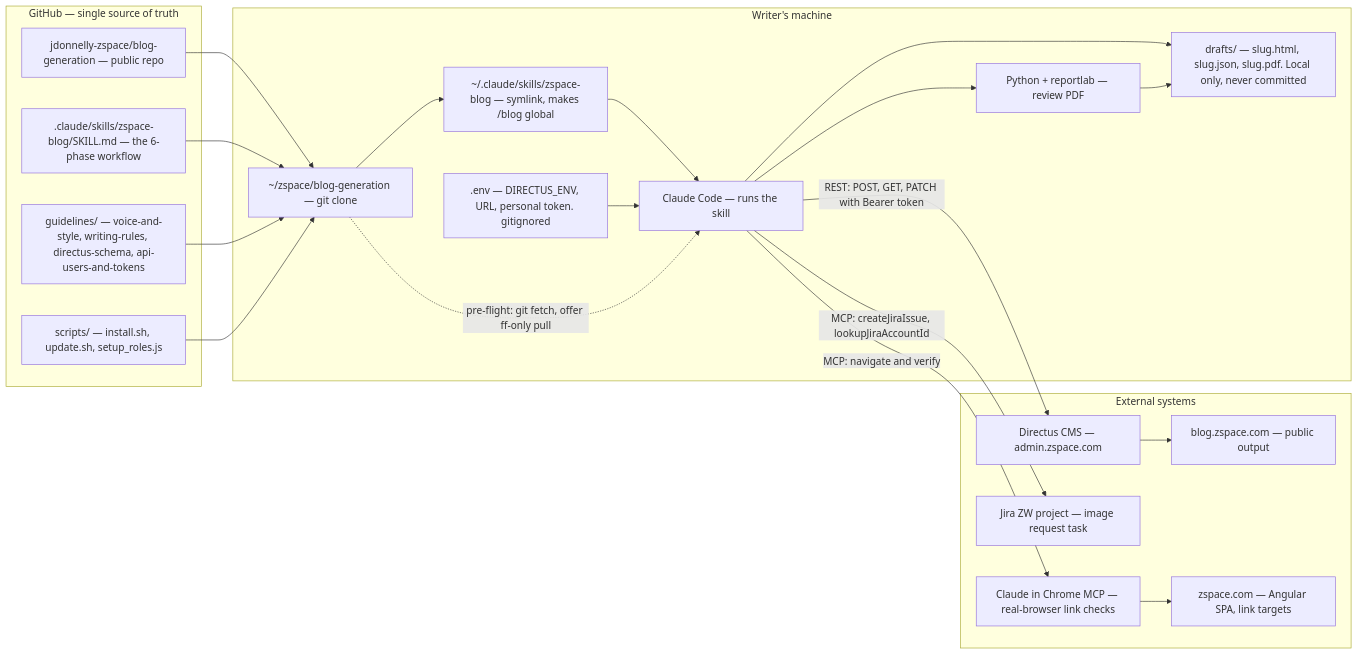
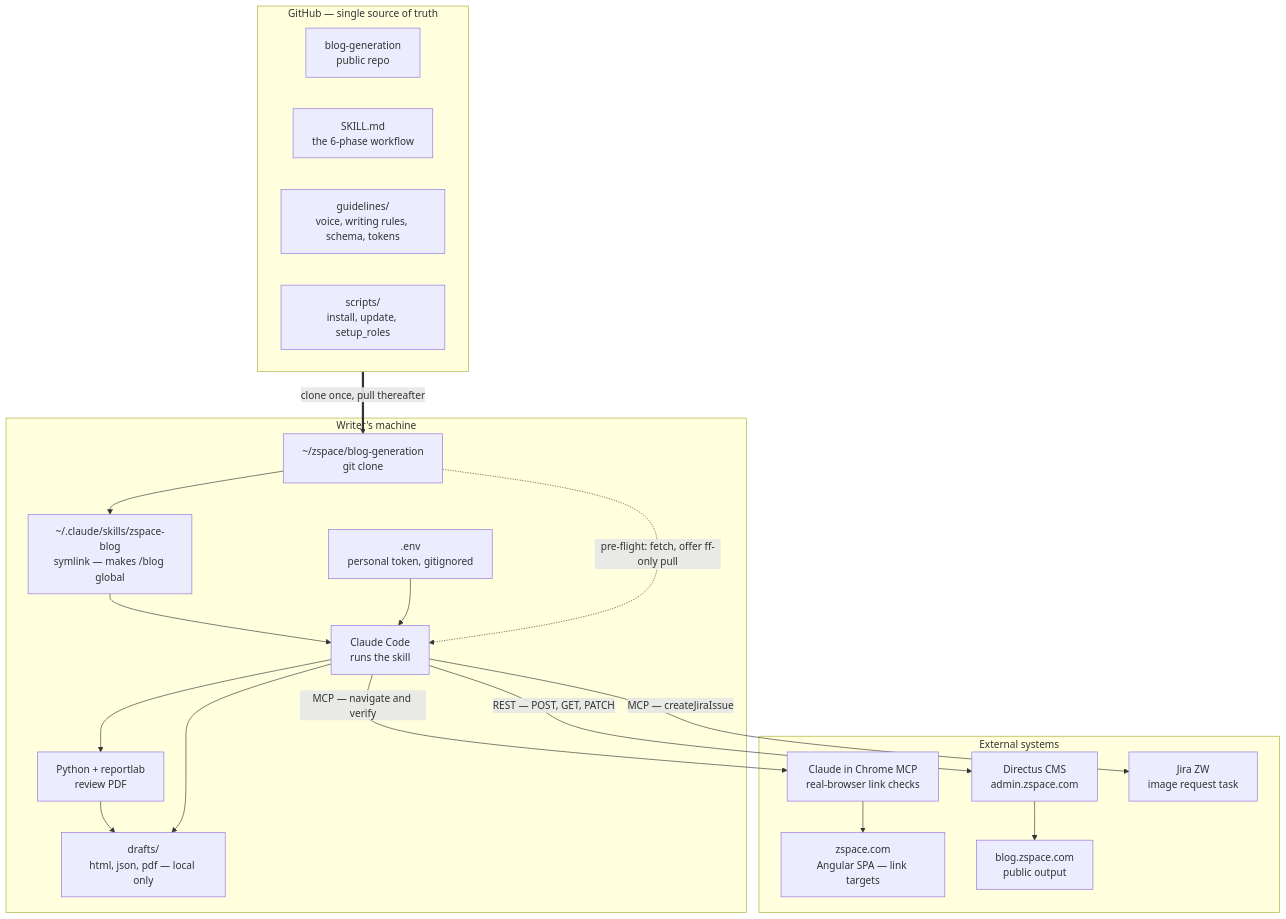
Before and after one commit to jdonnelly-zspace/blog-generation: the diagram in diagrams/01-system-architecture.mmd, drawn with Mermaid. The commit also changed 3 other files, not shown here.

First line of the commit message:
docs(diagrams): fix layouts that rendered unusably wide

```diff
--- a/diagrams/01-system-architecture.mmd
+++ b/diagrams/01-system-architecture.mmd
@@ -1,41 +1,36 @@
-flowchart LR
+flowchart TB
   subgraph GH["GitHub — single source of truth"]
-    REPO["jdonnelly-zspace/blog-generation — public repo"]
-    SKILL[".claude/skills/zspace-blog/SKILL.md — the 6-phase workflow"]
-    GUIDE["guidelines/ — voice-and-style, writing-rules, directus-schema, api-users-and-tokens"]
-    SCRIPTS["scripts/ — install.sh, update.sh, setup_roles.js"]
+    REPO["blog-generation<br/>public repo"]
+    SKILL["SKILL.md<br/>the 6-phase workflow"]
+    GUIDE["guidelines/<br/>voice, writing rules, schema, tokens"]
+    SCRIPTS["scripts/<br/>install, update, setup_roles"]
   end
 
   subgraph LOCAL["Writer's machine"]
-    CLONE["~/zspace/blog-generation — git clone"]
-    LINK["~/.claude/skills/zspace-blog — symlink, makes /blog global"]
-    ENV[".env — DIRECTUS_ENV, URL, personal token. gitignored"]
-    DRAFTS["drafts/ — slug.html, slug.json, slug.pdf. Local only, never committed"]
-    CC["Claude Code — runs the skill"]
-    PY["Python + reportlab — review PDF"]
+    CLONE["~/zspace/blog-generation<br/>git clone"]
+    LINK["~/.claude/skills/zspace-blog<br/>symlink — makes /blog global"]
+    ENV[".env<br/>personal token, gitignored"]
+    CC["Claude Code<br/>runs the skill"]
+    PY["Python + reportlab<br/>review PDF"]
+    DRAFTS["drafts/<br/>html, json, pdf — local only"]
   end
 
   subgraph EXT["External systems"]
-    DIR["Directus CMS — admin.zspace.com"]
-    BLOG["blog.zspace.com — public output"]
-    JIRA["Jira ZW project — image request task"]
-    CHROME["Claude in Chrome MCP — real-browser link checks"]
-    ZS["zspace.com — Angular SPA, link targets"]
+    DIR["Directus CMS<br/>admin.zspace.com"]
+    CHROME["Claude in Chrome MCP<br/>real-browser link checks"]
+    ZS["zspace.com<br/>Angular SPA — link targets"]
+    JIRA["Jira ZW<br/>image request task"]
+    BLOG["blog.zspace.com<br/>public output"]
   end
 
-  REPO --> CLONE
-  SKILL --> CLONE
-  GUIDE --> CLONE
-  SCRIPTS --> CLONE
-  CLONE --> LINK
-  LINK --> CC
+  GH ==>|"clone once, pull thereafter"| CLONE
+  CLONE --> LINK --> CC
   ENV --> CC
-  CLONE -. "pre-flight: git fetch, offer ff-only pull" .-> CC
+  CLONE -. "pre-flight: fetch, offer ff-only pull" .-> CC
+  CC --> PY --> DRAFTS
   CC --> DRAFTS
-  CC --> PY
-  PY --> DRAFTS
-  CC -->|"REST: POST, GET, PATCH with Bearer token"| DIR
-  CC -->|"MCP: navigate and verify"| CHROME
+  CC -->|"REST — POST, GET, PATCH"| DIR
+  CC -->|"MCP — navigate and verify"| CHROME
   CHROME --> ZS
-  CC -->|"MCP: createJiraIssue, lookupJiraAccountId"| JIRA
+  CC -->|"MCP — createJiraIssue"| JIRA
   DIR --> BLOG
```
